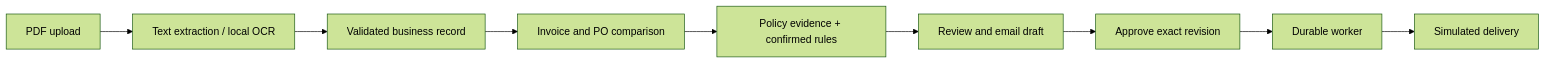
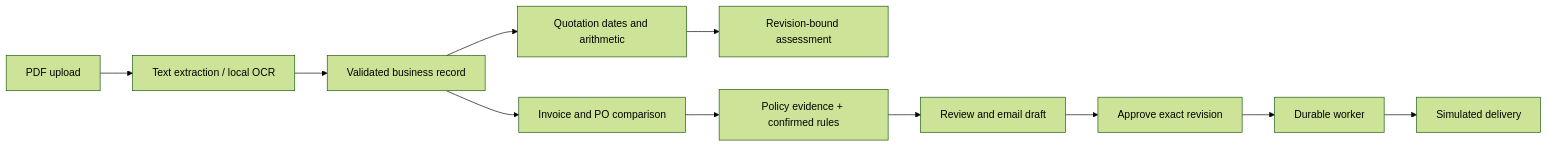
Before and after one commit to surajnair17/vendorops-ai: the diagram in README.md, drawn with Mermaid (forest theme). The commit also changed other lines of this file and 26 other files, not shown here.

````diff
--- a/README.md
+++ b/README.md
@@ -166,11 +172,13 @@
 ```mermaid
 flowchart LR
     A[PDF upload] --> B[Text extraction / local OCR]
     B --> C[Validated business record]
+    C --> Q[Quotation dates and arithmetic]
+    Q --> R[Revision-bound assessment]
     C --> D[Invoice and PO comparison]
     D --> E[Policy evidence + confirmed rules]
     E --> F[Review and email draft]
     F --> G[Approve exact revision]
     G --> H[Durable worker]
     H --> I[Simulated delivery]
 ```
````
